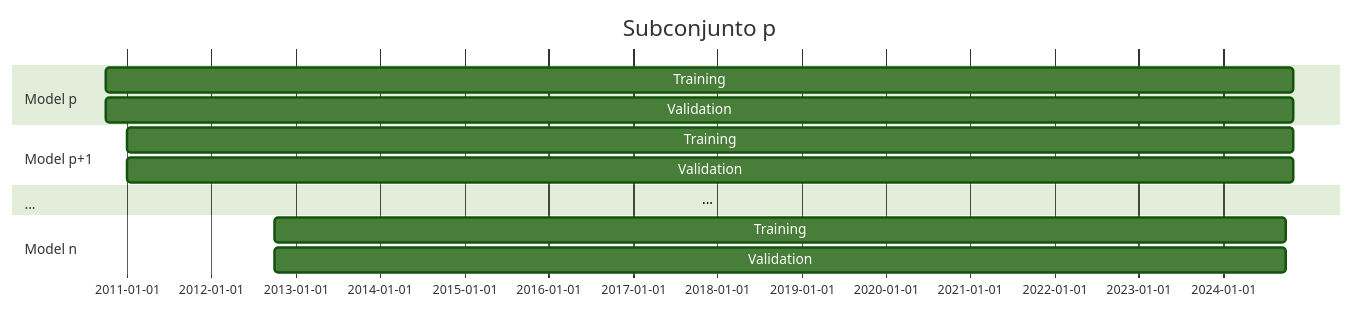
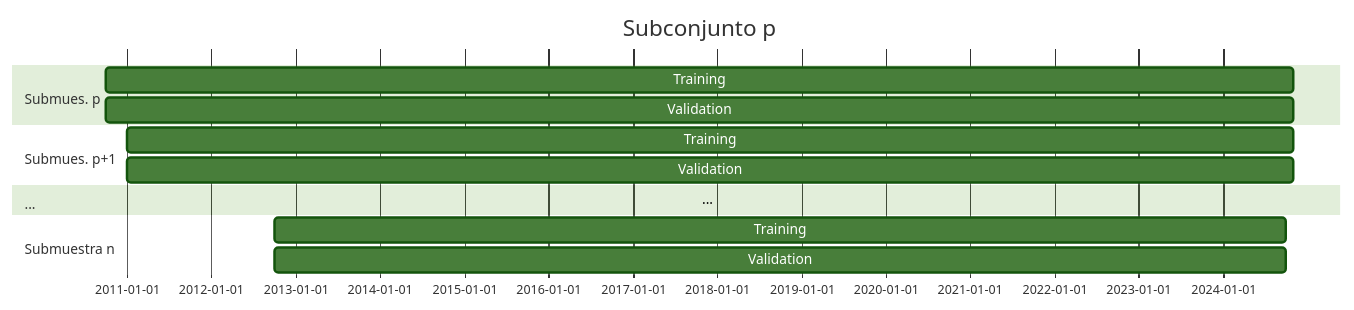
The third of 3 diagrams in hefm/results/SVAR50_4B/SVAR50_forecast_IS_initialEstPeriod/forecast_IS_initialEstPeriod.qmd (DIE-BG/DIE-BG.github.io), drawn with Mermaid before and after one commit. The commit also changed other lines of this file and 2 other files, not shown here.

Commit message:
chore(SVAR50_4B/excercises): Change "modelo" word to "submuestra/parametrización"

````diff
--- a/hefm/results/SVAR50_4B/SVAR50_forecast_IS_initialEstPeriod/forecast_IS_initialEstPeriod.qmd
+++ b/hefm/results/SVAR50_4B/SVAR50_forecast_IS_initialEstPeriod/forecast_IS_initialEstPeriod.qmd
@@ -167,28 +168,28 @@
 ```{mermaid}
 %%| fig-width: 6
 
 %%{
 init: {
   "gantt": {
   "displayMode":"compact"
   },
   "securityLevel": "loose",
   "theme": "forest"   
 }
 }%%
 gantt
     title Subconjunto p
     dateFormat  YYYY-MM
-    section Model p
+    section Submues. p
     Training           :a1, 2010-10, 169M
     Validation      :a2, 2010-10, 169M
-    section Model p+1
+    section Submues. p+1
     Training           :a1, 2011-01, 166M
     Validation      :a2, 2011-01, 166M
     section ...
     ... :a1, 2017-10-01, 
-    section Model n
+    section Submuestra n
     Training          :a1, 2012-10, 144M
     Validation      :a2, 2012-10, 144M
 
 ```
````
